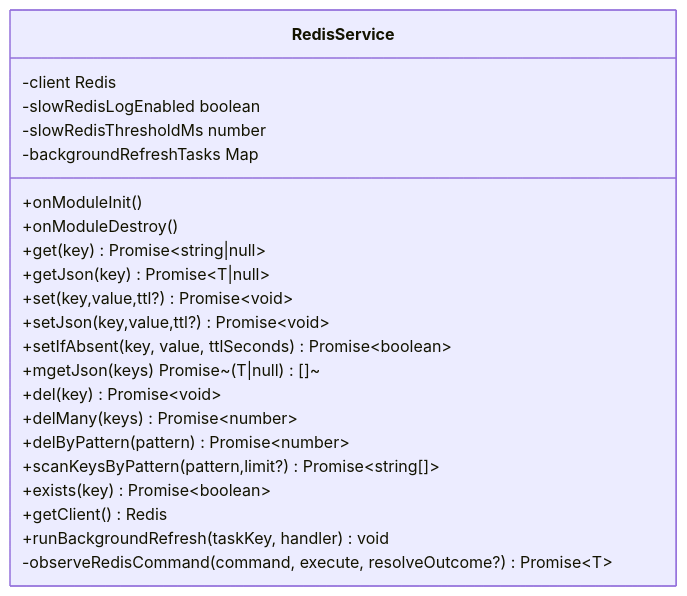
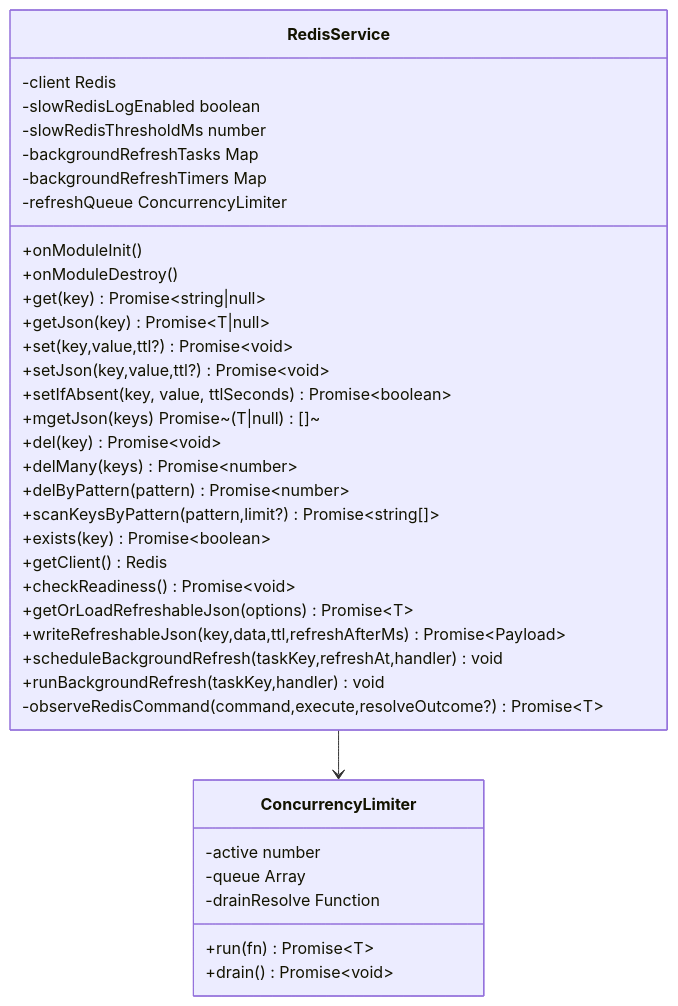
The sixth of 10 diagrams in .qoder/repowiki/zh/content/缓存系统/缓存系统.md (rc558620/purelyprofit-server), drawn with Mermaid before and after one commit. The commit also changed other lines of this file and 16 other files, not shown here.

````diff
--- a/.qoder/repowiki/zh/content/缓存系统/缓存系统.md
+++ b/.qoder/repowiki/zh/content/缓存系统/缓存系统.md
@@ -300,25 +318,39 @@
 ```mermaid
 classDiagram
 class RedisService {
 -client Redis
 -slowRedisLogEnabled boolean
 -slowRedisThresholdMs number
 -backgroundRefreshTasks Map
+-backgroundRefreshTimers Map
+-refreshQueue ConcurrencyLimiter
 +onModuleInit()
 +onModuleDestroy()
 +get(key) Promise~string|null~
 +getJson(key) Promise~T|null~
 +set(key,value,ttl?) Promise~void~
 +setJson(key,value,ttl?) Promise~void~
 +setIfAbsent(key, value, ttlSeconds) Promise~boolean~
 +mgetJson<T>(keys) Promise~(T|null)[]~
 +del(key) Promise~void~
 +delMany(keys) Promise~number~
 +delByPattern(pattern) Promise~number~
 +scanKeysByPattern(pattern,limit?) Promise~string[]~
 +exists(key) Promise~boolean~
 +getClient() Redis
-+runBackgroundRefresh(taskKey, handler) void
--observeRedisCommand(command, execute, resolveOutcome?) Promise~T~
++checkReadiness() Promise~void~
++getOrLoadRefreshableJson(options) Promise~T~
++writeRefreshableJson(key,data,ttl,refreshAfterMs) Promise~Payload~
++scheduleBackgroundRefresh(taskKey,refreshAt,handler) void
++runBackgroundRefresh(taskKey,handler) void
+-observeRedisCommand(command,execute,resolveOutcome?) Promise~T~
 }
+class ConcurrencyLimiter {
+-active number
+-queue Array
+-drainResolve Function
++run(fn) Promise~T~
++drain() Promise~void~
+}
+RedisService --> ConcurrencyLimiter
 ```
````
